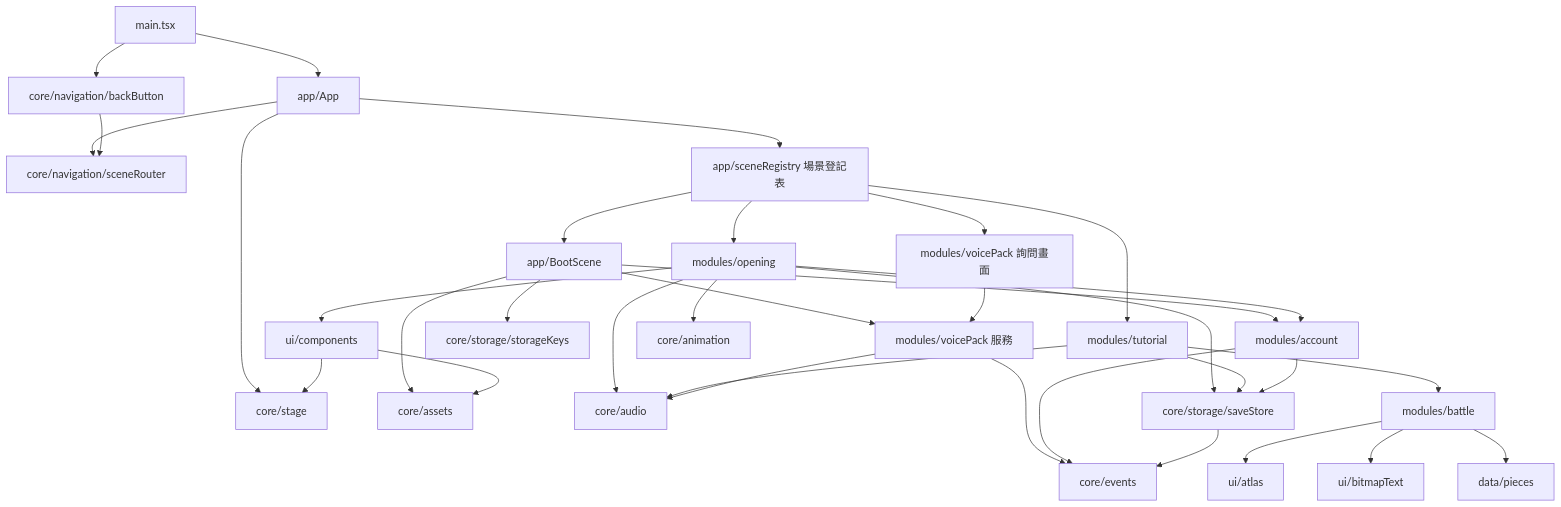
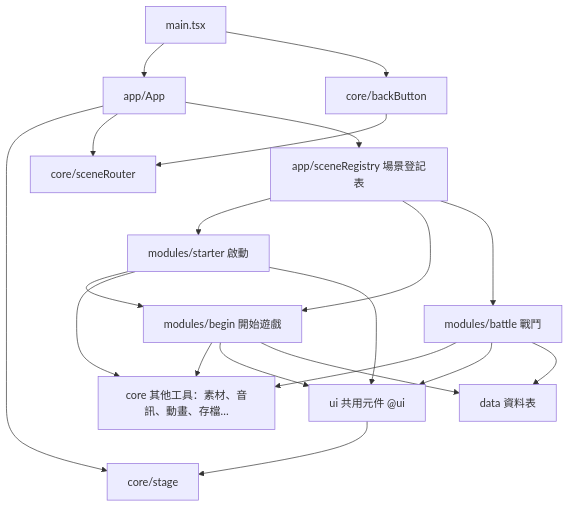
Before and after one commit to GisLiou/3PZ: the first of 3 diagrams in docs/模組相依.md, drawn with Mermaid. The commit also changed other lines of this file and 251 other files, not shown here.

````diff
--- a/docs/模組相依.md
+++ b/docs/模組相依.md
@@ -8,36 +8,22 @@
 ```mermaid
 graph TD
   main[main.tsx] --> App[app/App]
-  main --> Back[core/navigation/backButton]
+  main --> Back[core/backButton]
   App --> Stage[core/stage]
-  App --> Router[core/navigation/sceneRouter]
+  App --> Router[core/sceneRouter]
   App --> Registry[app/sceneRegistry 場景登記表]
-  Registry --> Boot[app/BootScene]
-  Registry --> Opening[modules/opening]
-  Registry --> VoiceUI[modules/voicePack 詢問畫面]
-  Registry --> Tutorial[modules/tutorial]
-  Boot --> Assets[core/assets]
-  Boot --> Account[modules/account]
-  Boot --> Voice[modules/voicePack 服務]
-  Boot --> Keys[core/storage/storageKeys]
-  Opening --> UiComponents[ui/components]
-  Opening --> Anim[core/animation]
-  Opening --> Audio[core/audio]
-  Opening --> Account
-  Opening --> Save[core/storage/saveStore]
-  Tutorial --> Battle[modules/battle]
-  Tutorial --> Save
-  Tutorial --> Audio
-  Battle --> UiAtlas[ui/atlas]
-  Battle --> BitmapText[ui/bitmapText]
-  Battle --> Pieces[data/pieces]
-  VoiceUI --> Voice
-  Voice --> Audio
-  Voice --> Bus[core/events]
-  Account --> Save
-  Account --> Bus
-  Save --> Bus
-  UiComponents --> Assets
-  UiComponents --> Stage
+  Registry --> Starter[modules/starter 啟動]
+  Registry --> Begin[modules/begin 開始遊戲]
+  Registry --> Battle[modules/battle 戰鬥]
+  Starter --> Begin
+  Starter --> Core[core 其他工具：素材、音訊、動畫、存檔…]
+  Begin --> Core
+  Battle --> Core
+  Starter --> Ui[ui 共用元件 @ui]
+  Begin --> Ui
+  Battle --> Ui
+  Begin --> Data[data 資料表]
+  Battle --> Data
+  Ui --> Stage
   Back --> Router
 ```
````
